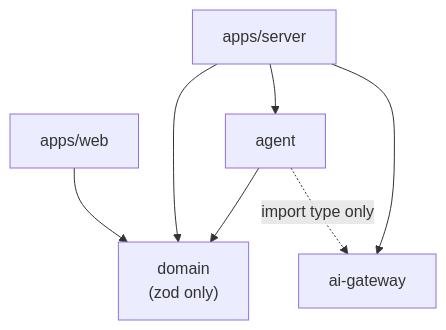
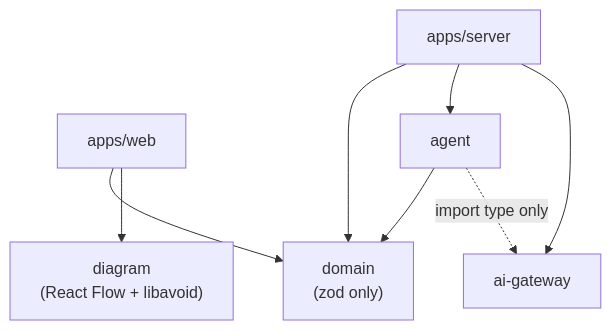
One commit to iadh05/boardAI changed the second of 4 diagrams in docs/architecture.md. Above: the diagram before and after it, drawn with Mermaid. The commit also changed other lines of this file and 15 other files, not shown here.

First line of the commit message:
feat(diagram): M1-D1 ADR-004 and the @designroom/diagram package skeleton (#20)

````diff
--- a/docs/architecture.md
+++ b/docs/architecture.md
@@ -99,10 +100,11 @@
 ```mermaid
 flowchart TD
   web["apps/web"] --> domain
+  web --> diagram["diagram<br/>(React Flow + libavoid)"]
   server["apps/server"] --> domain
   server --> agent
   server --> gw["ai-gateway"]
   agent --> domain
   agent -. "import type only" .-> gw
   domain["domain<br/>(zod only)"]
 ```
````
